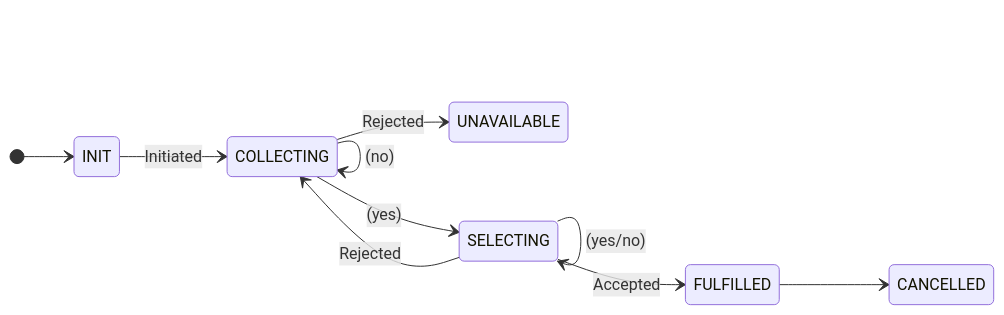
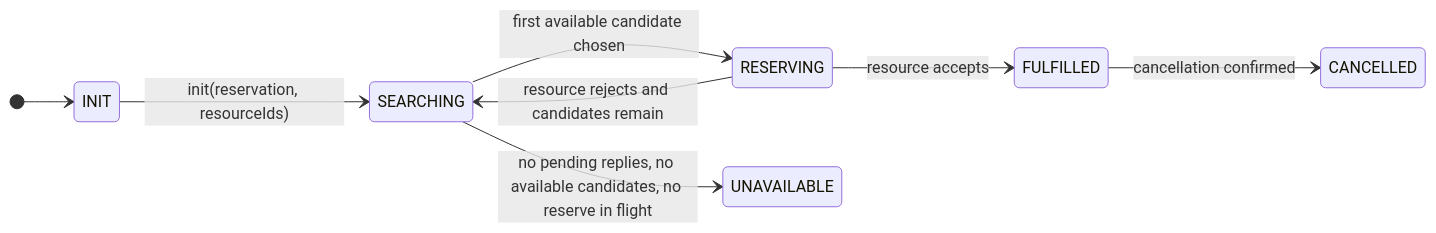
The diagram in reservation/reservation/docs/fsm.md (max8github/rez), drawn with Mermaid before and after one commit. The commit also changed other lines of this file and 4 other files, not shown here.

Commit message:
docs: rewrite reservation flow docs for rearchitecture

````diff
--- a/reservation/reservation/docs/fsm.md
+++ b/reservation/reservation/docs/fsm.md
@@ -3,13 +17,11 @@
 ```mermaid
 stateDiagram-v2
     direction LR
     [*] --> INIT
-    INIT --> COLLECTING : Initiated
-    COLLECTING --> COLLECTING : (no)
-    COLLECTING --> SELECTING : (yes)
-    COLLECTING --> UNAVAILABLE : Rejected
-    SELECTING --> SELECTING : (yes/no)
-    SELECTING --> FULFILLED : Accepted
-    SELECTING --> COLLECTING : Rejected
-    FULFILLED --> CANCELLED
+    INIT --> SEARCHING : init(reservation, resourceIds)
+    SEARCHING --> RESERVING : first available candidate chosen
+    RESERVING --> FULFILLED : resource accepts
+    RESERVING --> SEARCHING : resource rejects and candidates remain
+    SEARCHING --> UNAVAILABLE : no pending replies, no available candidates, no reserve in flight
+    FULFILLED --> CANCELLED : cancellation confirmed
 ```
````
